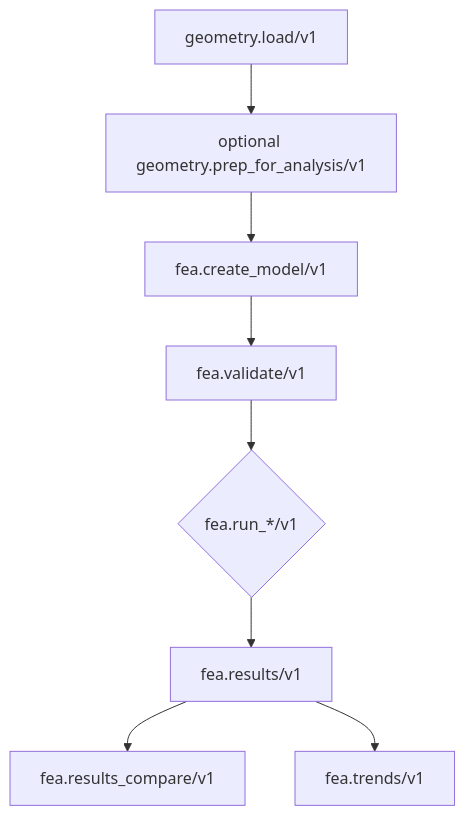
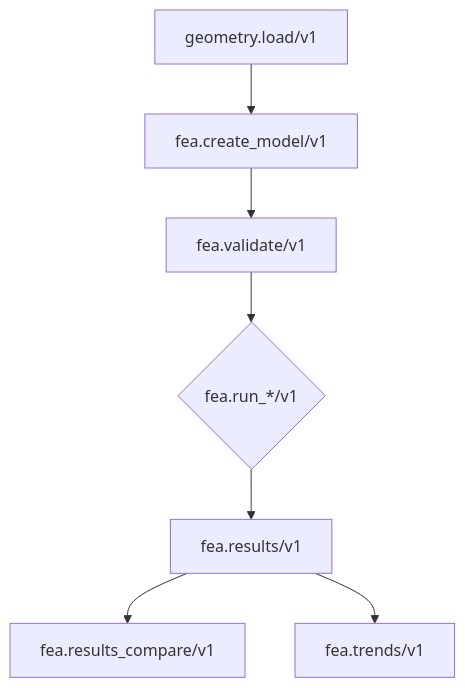
The second of 2 diagrams in docs/fea/solves.md (runmat-org/runmat), drawn with Mermaid before and after one commit. The commit also changed 68 other files, not shown here.

````diff
--- a/docs/fea/solves.md
+++ b/docs/fea/solves.md
@@ -76,15 +76,14 @@
 ```mermaid
 flowchart TD
   Geometry["geometry.load/v1"]
-  Prep["optional geometry.prep_for_analysis/v1"]
   Model["fea.create_model/v1"]
   Validate["fea.validate/v1"]
   Solve{"fea.run_*/v1"}
   Query["fea.results/v1"]
   Compare["fea.results_compare/v1"]
   Trends["fea.trends/v1"]
 
-  Geometry --> Prep --> Model --> Validate --> Solve --> Query
+  Geometry --> Model --> Validate --> Solve --> Query
   Query --> Compare
   Query --> Trends
 ```
````
